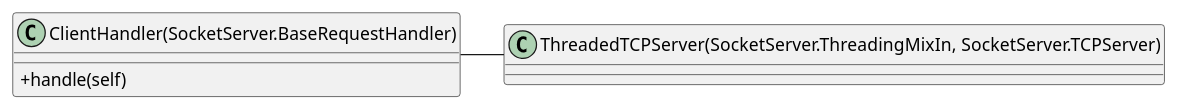
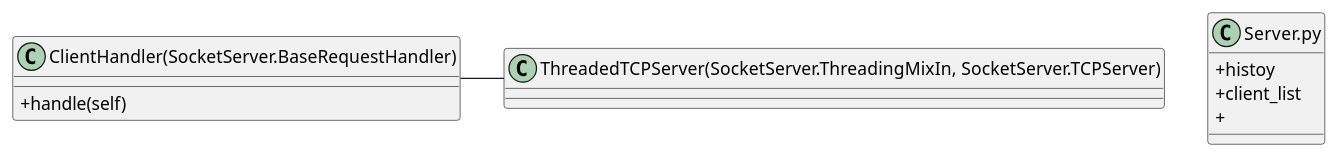
One commit to sindrehan/TTM4100-Project changed the second of 4 diagrams in uml.org. Above: the diagram before and after it, drawn with PlantUML. The commit also changed other lines of this file and 7 other files, not shown here.

Commit message:
Add sequence diagrams

```diff
--- a/uml.org
+++ b/uml.org
@@ -60,14 +54,20 @@
 #+begin_src plantuml :file server_class.png
 set namespaceSeparator none
 skinparam classAttributeIconSize 0
 
 class "ClientHandler(SocketServer.BaseRequestHandler)" as ClientHandler{
 +handle(self)
 }
 
 class "ThreadedTCPServer(SocketServer.ThreadingMixIn, SocketServer.TCPServer)" as TCPserver{
 }
 
+class "Server.py" as server{
++histoy
++client_list
++
+}
+
 ClientHandler - TCPserver
 
 #+end_src
```
